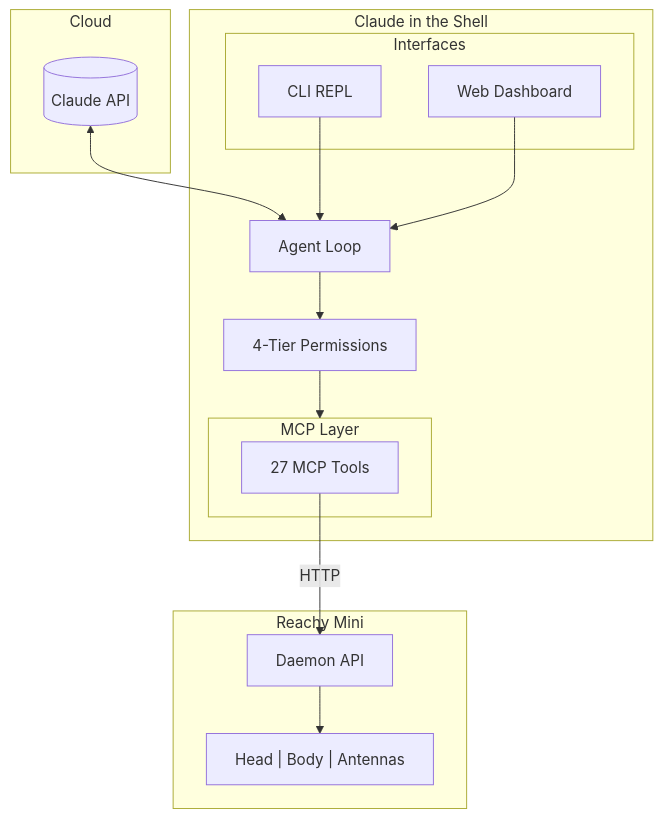
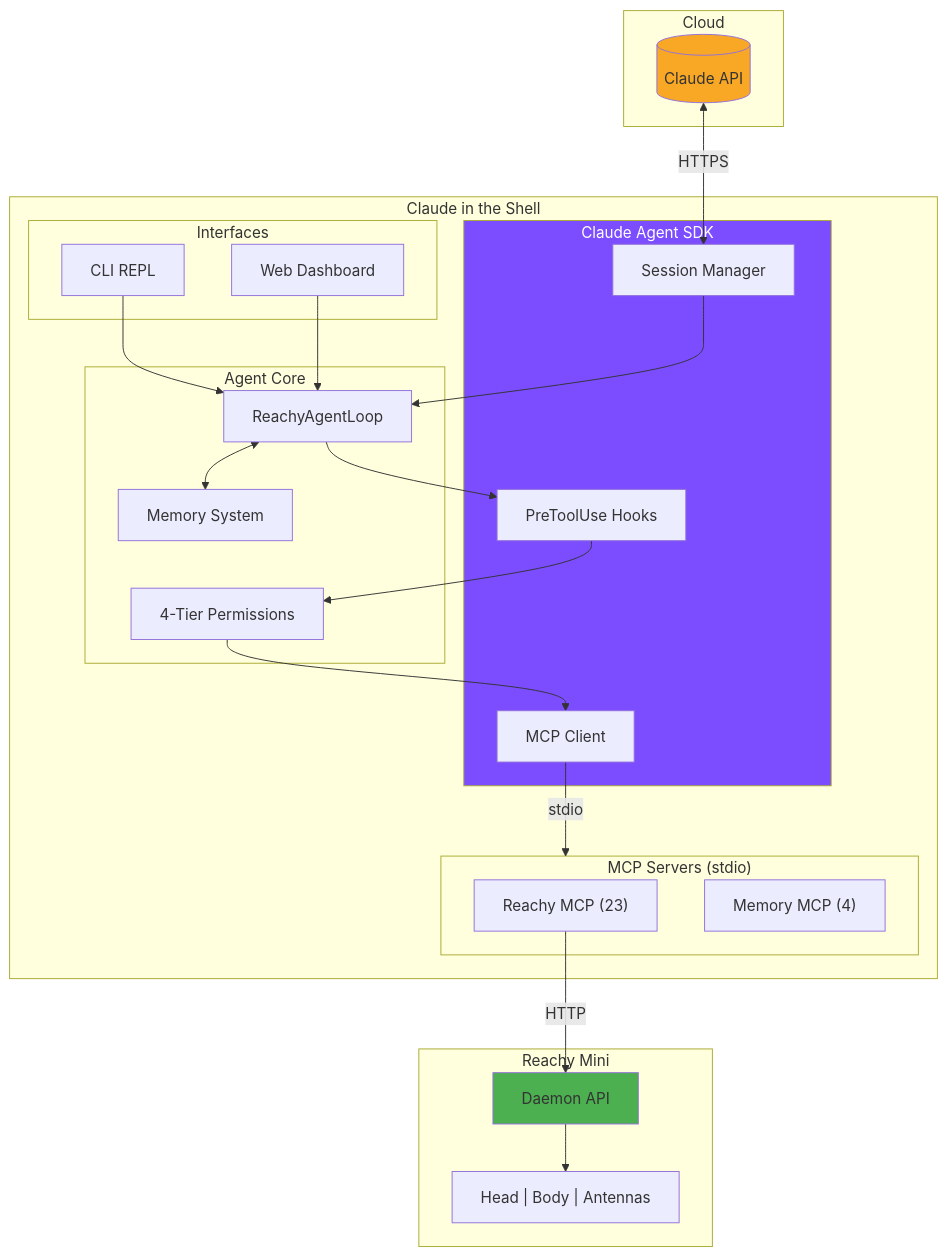
The diagram in docs/index.md (jawhnycooke/claude-in-the-shell), drawn with Mermaid before and after one commit. The commit also changed 1 other file, not shown here.

Commit message:
docs: Enhance architecture diagram to show Claude Agent SDK components
Update both README.md and docs/index.md diagrams to clearly show:
- Claude Agent SDK with Session Manager, MCP Client, and PreToolUse Hooks
- Agent Core with ReachyAgentLoop, Permissions, and Memory System
- MCP Servers (stdio) with Reachy MCP (23) and Memory MCP (4)
- Data flow: Claude API → Session → Loop → Hooks → Permissions → MCP Client

````diff
--- a/docs/index.md
+++ b/docs/index.md
@@ -34,33 +34,51 @@
 ```mermaid
 flowchart TB
     subgraph Cloud["Cloud"]
         CLAUDE[(Claude API)]
     end
 
     subgraph Agent["Claude in the Shell"]
-        SDK["Agent Loop"]
-        PERM["4-Tier Permissions"]
+        subgraph SDK["Claude Agent SDK"]
+            SESSION["Session Manager"]
+            MCPCLIENT["MCP Client"]
+            HOOKS["PreToolUse Hooks"]
+        end
+
+        subgraph Core["Agent Core"]
+            LOOP["ReachyAgentLoop"]
+            PERM["4-Tier Permissions"]
+            MEM["Memory System"]
+        end
 
         subgraph Interface["Interfaces"]
             CLI["CLI REPL"]
             WEB["Web Dashboard"]
         end
 
-        subgraph MCP["MCP Layer"]
-            TOOLS["27 MCP Tools"]
+        subgraph MCP["MCP Servers (stdio)"]
+            REACHY["Reachy MCP (23)"]
+            MEMORY["Memory MCP (4)"]
         end
     end
 
     subgraph Hardware["Reachy Mini"]
         DAEMON["Daemon API"]
         ROBOT["Head | Body | Antennas"]
     end
 
-    CLAUDE <--> SDK
-    SDK --> PERM
-    PERM --> MCP
-    CLI --> SDK
-    WEB --> SDK
-    TOOLS -->|HTTP| DAEMON
+    CLAUDE <-->|HTTPS| SESSION
+    SESSION --> LOOP
+    LOOP --> HOOKS
+    HOOKS --> PERM
+    PERM --> MCPCLIENT
+    MCPCLIENT -->|stdio| MCP
+    LOOP <--> MEM
+    CLI --> LOOP
+    WEB --> LOOP
+    REACHY -->|HTTP| DAEMON
     DAEMON --> ROBOT
+
+    style SDK fill:#7c4dff,color:#fff
+    style CLAUDE fill:#f9a825
+    style DAEMON fill:#4caf50
 ```
````
